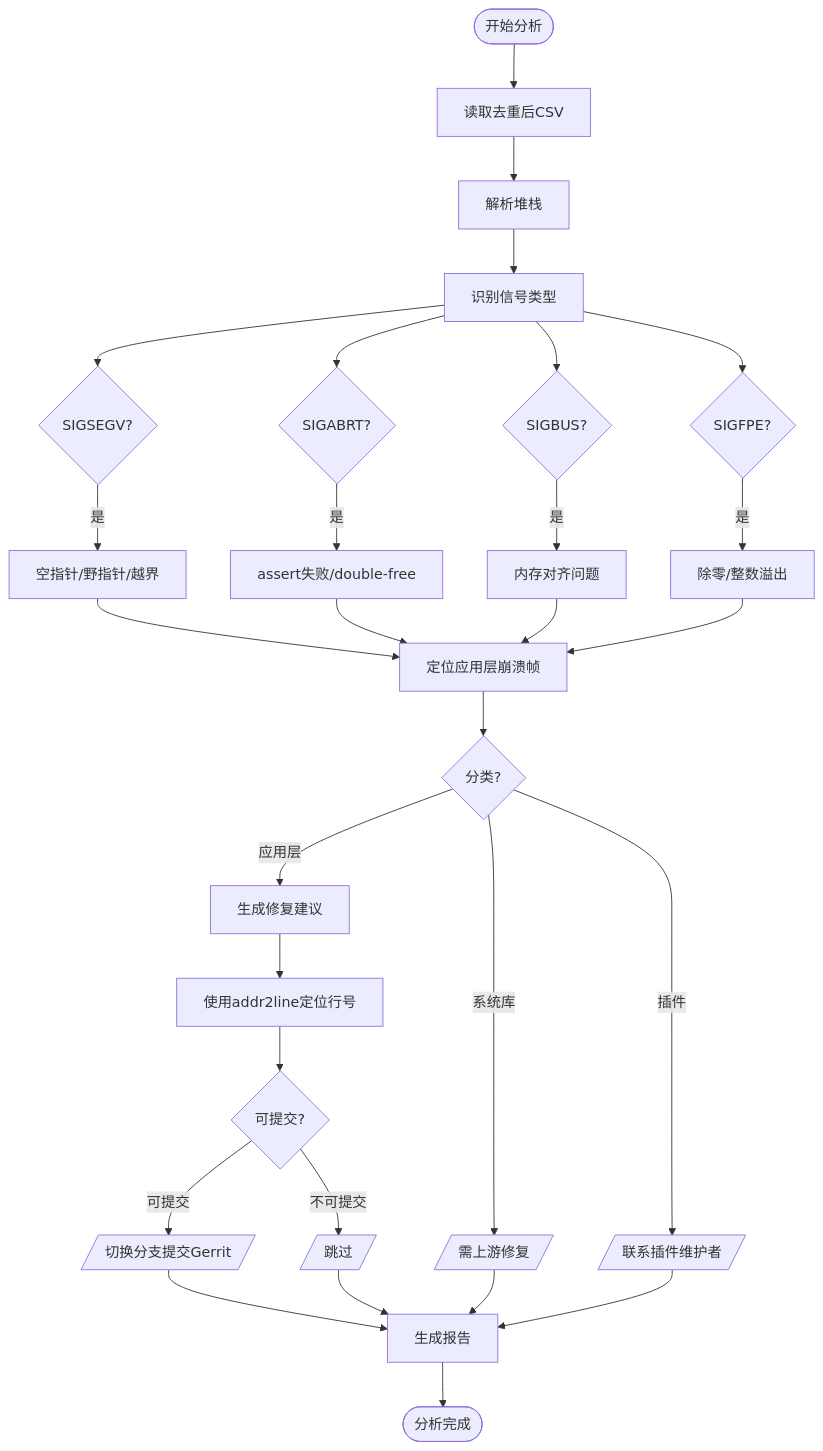
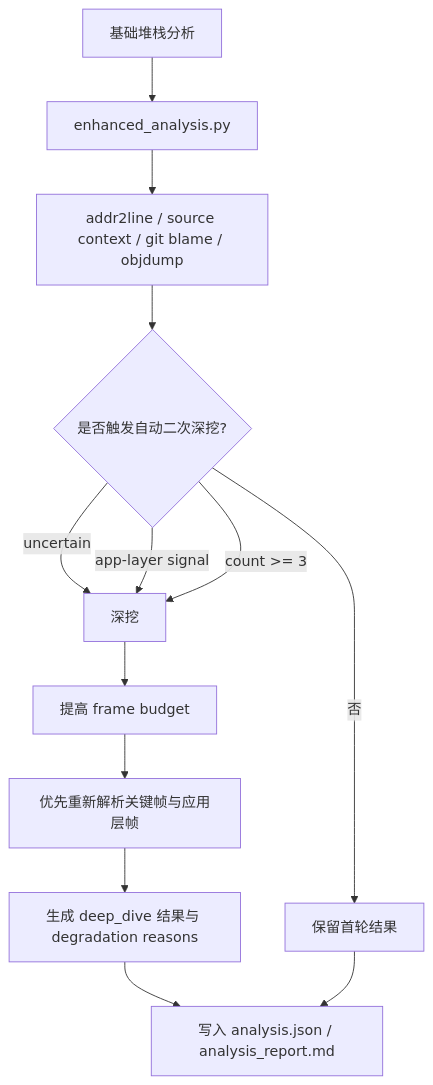
Before and after one commit to wubw0508/coredump-analysis-skills: the third of 4 diagrams in FLOW.md, drawn with Mermaid. The commit also changed other lines of this file and 25 other files, not shown here.

````diff
--- a/FLOW.md
+++ b/FLOW.md
@@ -69,31 +56,15 @@
 ```mermaid
 graph TD
-A([开始分析]) --> B[读取去重后CSV]
-B --> C[解析堆栈]
-C --> D[识别信号类型]
-D --> E{SIGSEGV?}
-E -->|是| F1[空指针/野指针/越界]
-D --> E2{SIGABRT?}
-E2 -->|是| F2[assert失败/double-free]
-D --> E3{SIGBUS?}
-E3 -->|是| F3[内存对齐问题]
-D --> E4{SIGFPE?}
-E4 -->|是| F4[除零/整数溢出]
-F1 --> G[定位应用层崩溃帧]
-F2 --> G
-F3 --> G
-F4 --> G
-G --> H{分类?}
-H -->|应用层| I[生成修复建议]
-H -->|系统库| J[/需上游修复/]
-H -->|插件| K[/联系插件维护者/]
-I --> L[使用addr2line定位行号]
-L --> M{可提交?}
-M -->|可提交| N[/切换分支提交Gerrit/]
-M -->|不可提交| O[/跳过/]
-N --> P[生成报告]
-J --> P
-K --> P
-O --> P
-P --> Q([分析完成])
+A[基础堆栈分析] --> B[enhanced_analysis.py]
+B --> C[addr2line / source context / git blame / objdump]
+C --> D{是否触发自动二次深挖?}
+D -->|uncertain| E[深挖]
+D -->|app-layer signal| E
+D -->|count >= 3| E
+D -->|否| F[保留首轮结果]
+E --> G[提高 frame budget]
+G --> H[优先重新解析关键帧与应用层帧]
+H --> I[生成 deep_dive 结果与 degradation reasons]
+I --> J[写入 analysis.json / analysis_report.md]
+F --> J
 ```
````
